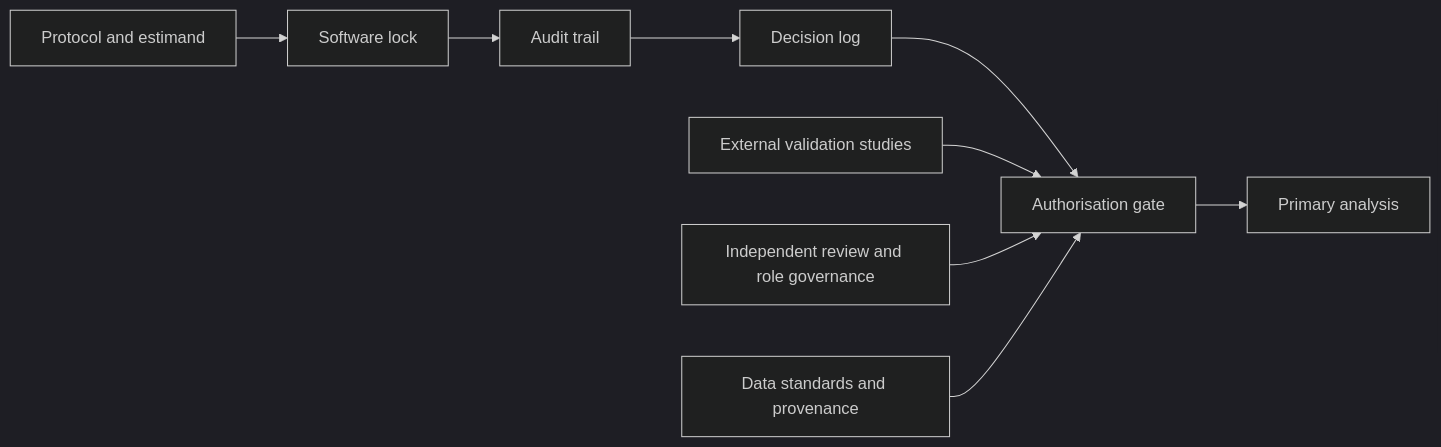
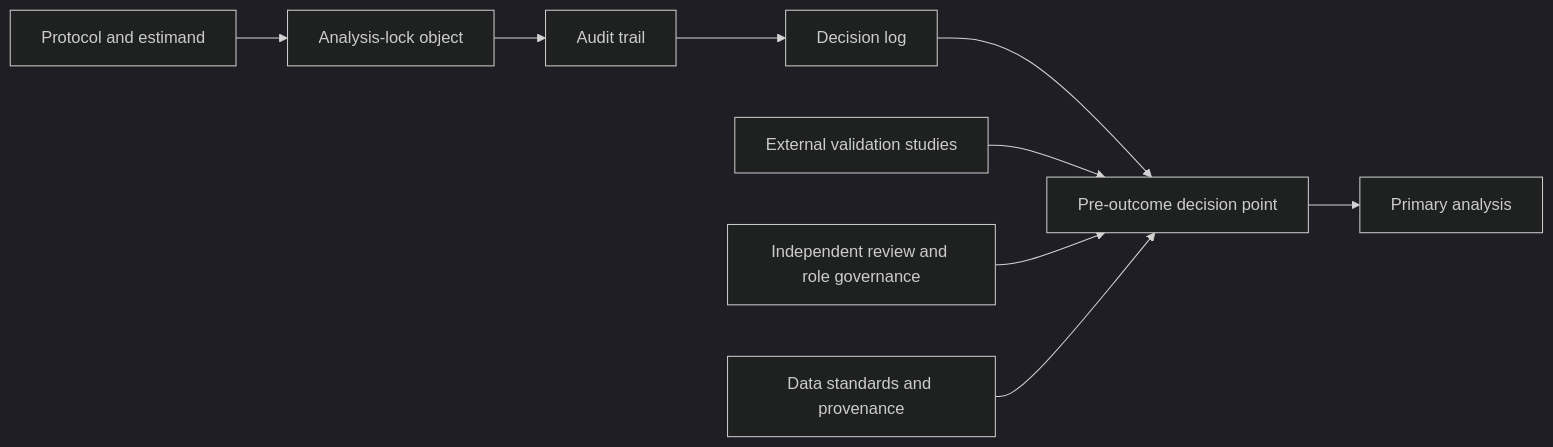
Before and after one commit to amertens/clean-room-sim: the second of 2 diagrams in reports/manuscript_outcome_blind_dq.qmd, drawn with Mermaid (dark theme). The commit also changed other lines of this file and 1 other file, not shown here.

````diff
--- a/reports/manuscript_outcome_blind_dq.qmd
+++ b/reports/manuscript_outcome_blind_dq.qmd
@@ -261,12 +322,12 @@
 ```{mermaid}
-%%| fig-cap: "Governance layers. The software clean room is necessary but not sufficient for regulatory-grade RWE."
+%%| fig-cap: "Governance layers. The software-level arrangement is necessary but not sufficient for regulatory-grade RWE."
 flowchart LR
-    A[Protocol and estimand] --> B[Software lock]
+    A[Protocol and estimand] --> B[Analysis-lock object]
     B --> C[Audit trail]
     C --> D[Decision log]
-    D --> E[Authorisation gate]
+    D --> E[Pre-outcome decision point]
     E --> F[Primary analysis]
     X[External validation studies] --> E
     Y[Independent review and role governance] --> E
     Z[Data standards and provenance] --> E
 ```
````
